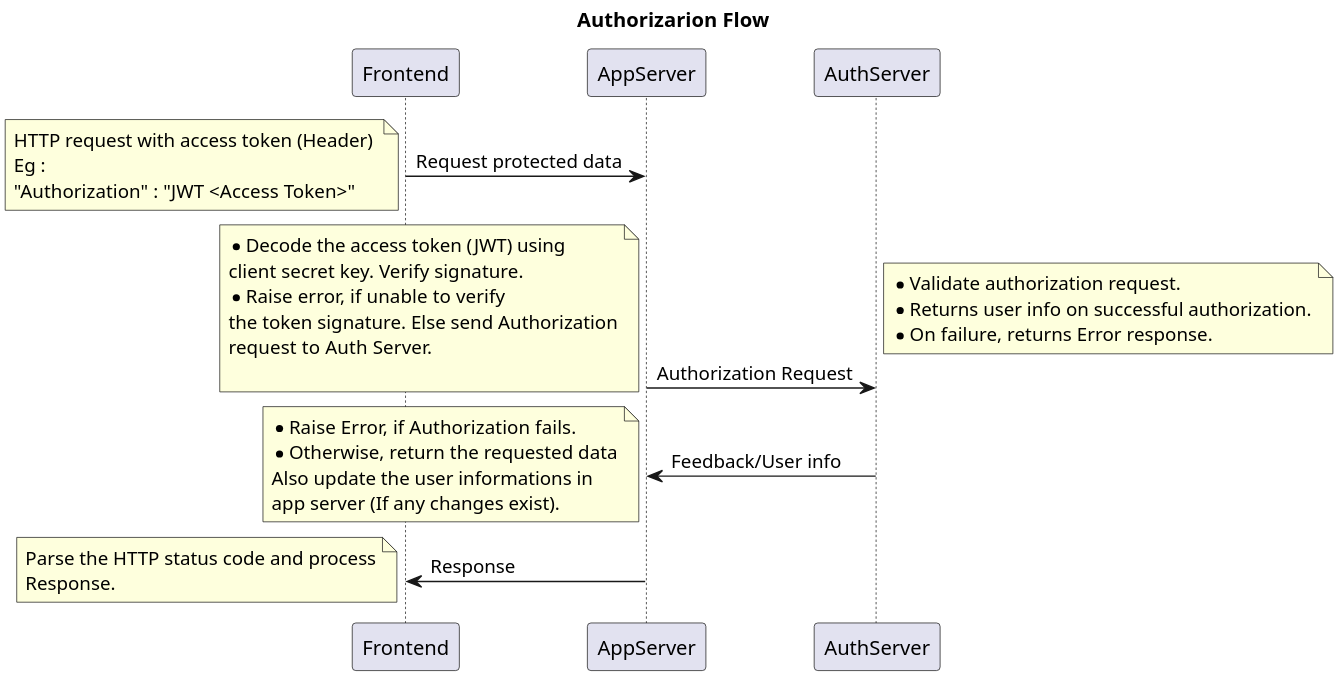
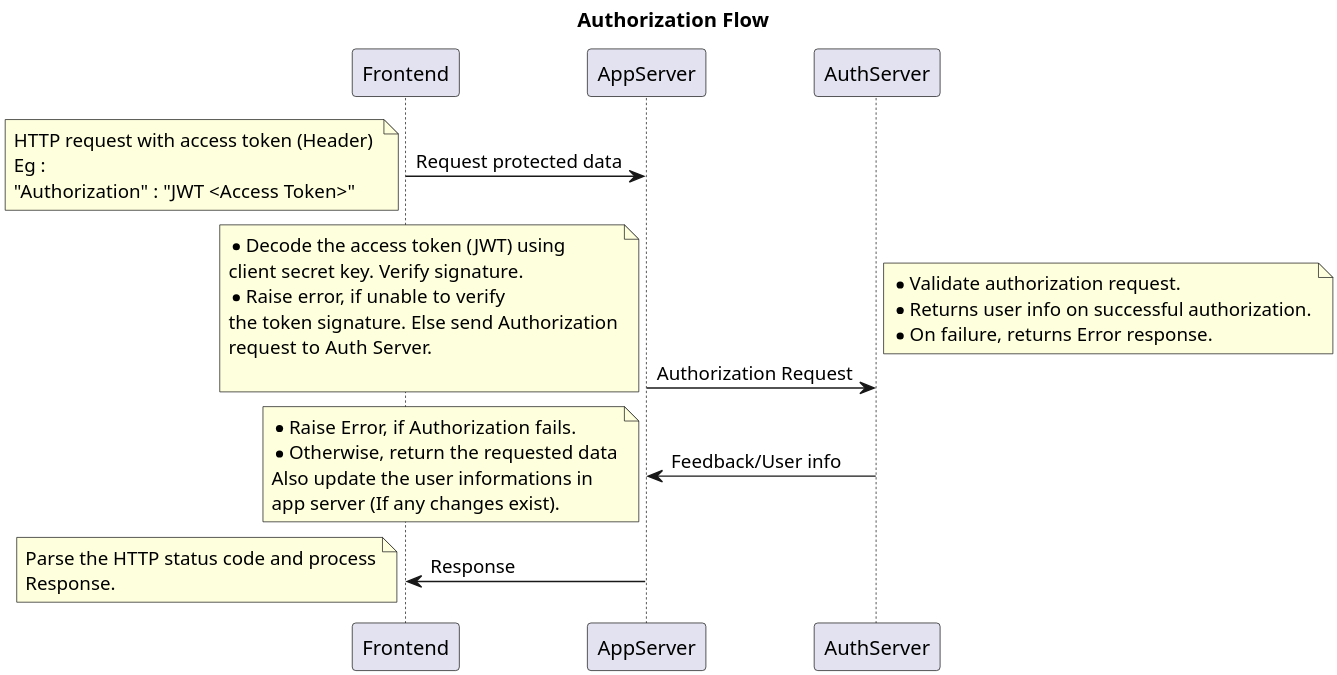
One commit to tomvictor/try_plant_uml changed the diagram in src/authorization.puml. Above: the diagram before and after it, drawn with PlantUML. The commit also changed 3 other files, not shown here.

```diff
--- a/src/authorization.puml
+++ b/src/authorization.puml
@@ -1,41 +1,41 @@
 @startuml
 scale 3
 
-title : Authorizarion Flow
+title : Authorization Flow
 
 
 
 Frontend -> AppServer : Request protected data
 note left
 HTTP request with access token (Header) 
 Eg :
 "Authorization" : "JWT <Access Token>"
 end note
 AppServer -> AuthServer : Authorization Request
 note left
 * Decode the access token (JWT) using
 client secret key. Verify signature.
 * Raise error, if unable to verify
 the token signature. Else send Authorization
 request to Auth Server.
 
 end note
 note right
 * Validate authorization request.
 * Returns user info on successful authorization.
 * On failure, returns Error response.
 end note
 AuthServer -> AppServer : Feedback/User info
 note left
 * Raise Error, if Authorization fails.
 * Otherwise, return the requested data
 Also update the user informations in 
 app server (If any changes exist).
 end note
 AppServer -> Frontend : Response
 note left
 Parse the HTTP status code and process
 Response.
 end note
 
 @enduml
```
